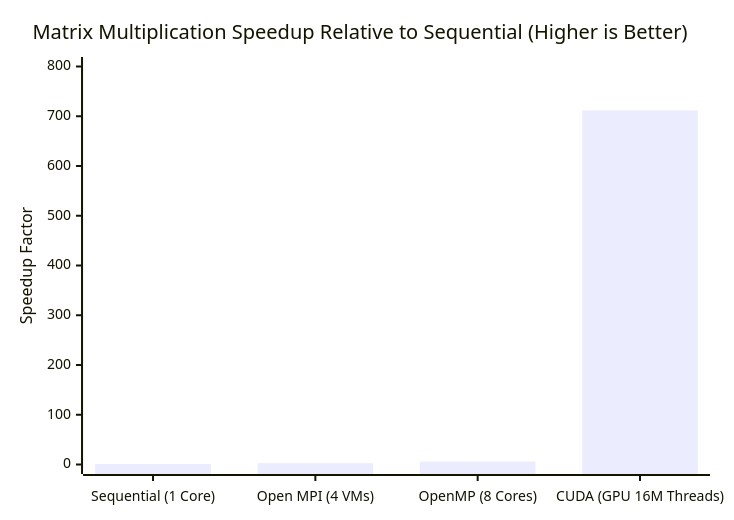
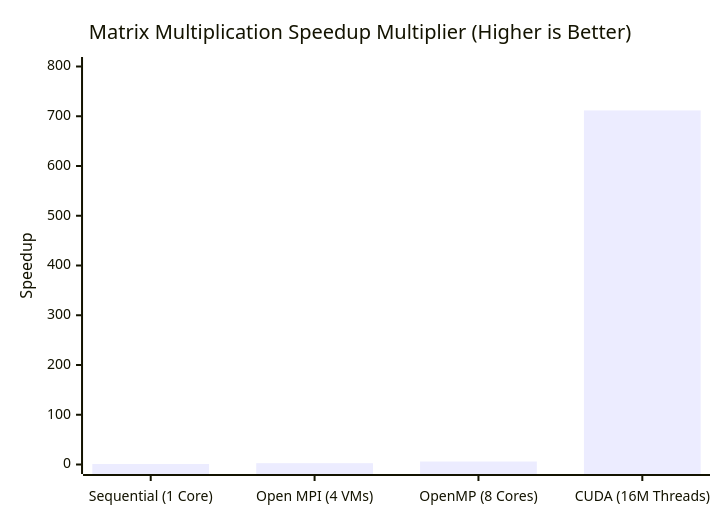
Before and after one commit to vageeshmathad/Parallel-and-GPU-Computing: the first of 5 diagrams in README.md, drawn with Mermaid. The commit also changed other lines of this file, not shown here.

Commit message:
docs: natural human-written tone and added visual sequence diagrams for race conditions, barriers, cluster topology, and thread scaling

````diff
--- a/README.md
+++ b/README.md
@@ -43,7 +47,7 @@
 ```mermaid
 xychart-beta
-    title "Matrix Multiplication Speedup Relative to Sequential (Higher is Better)"
-    x-axis ["Sequential (1 Core)", "Open MPI (4 VMs)", "OpenMP (8 Cores)", "CUDA (GPU 16M Threads)"]
-    y-axis "Speedup Factor" 0 --> 800
+    title "Matrix Multiplication Speedup Multiplier (Higher is Better)"
+    x-axis ["Sequential (1 Core)", "Open MPI (4 VMs)", "OpenMP (8 Cores)", "CUDA (16M Threads)"]
+    y-axis "Speedup" 0 --> 800
     bar [1.0, 2.63, 6.02, 711.66]
 ```
````
